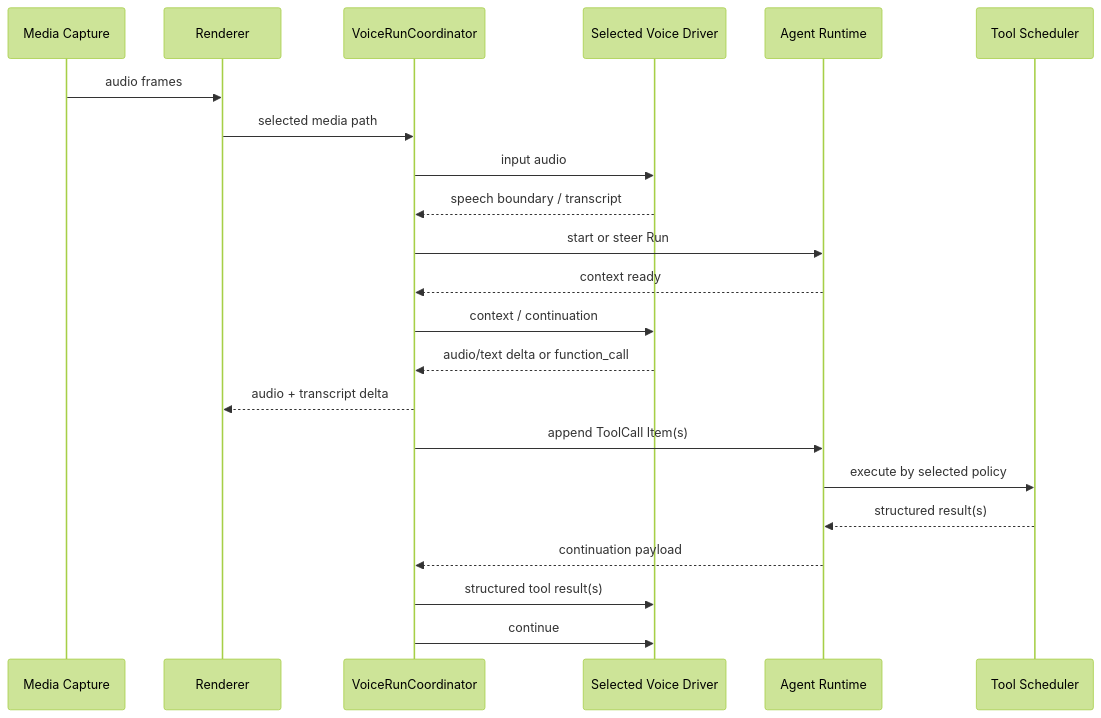
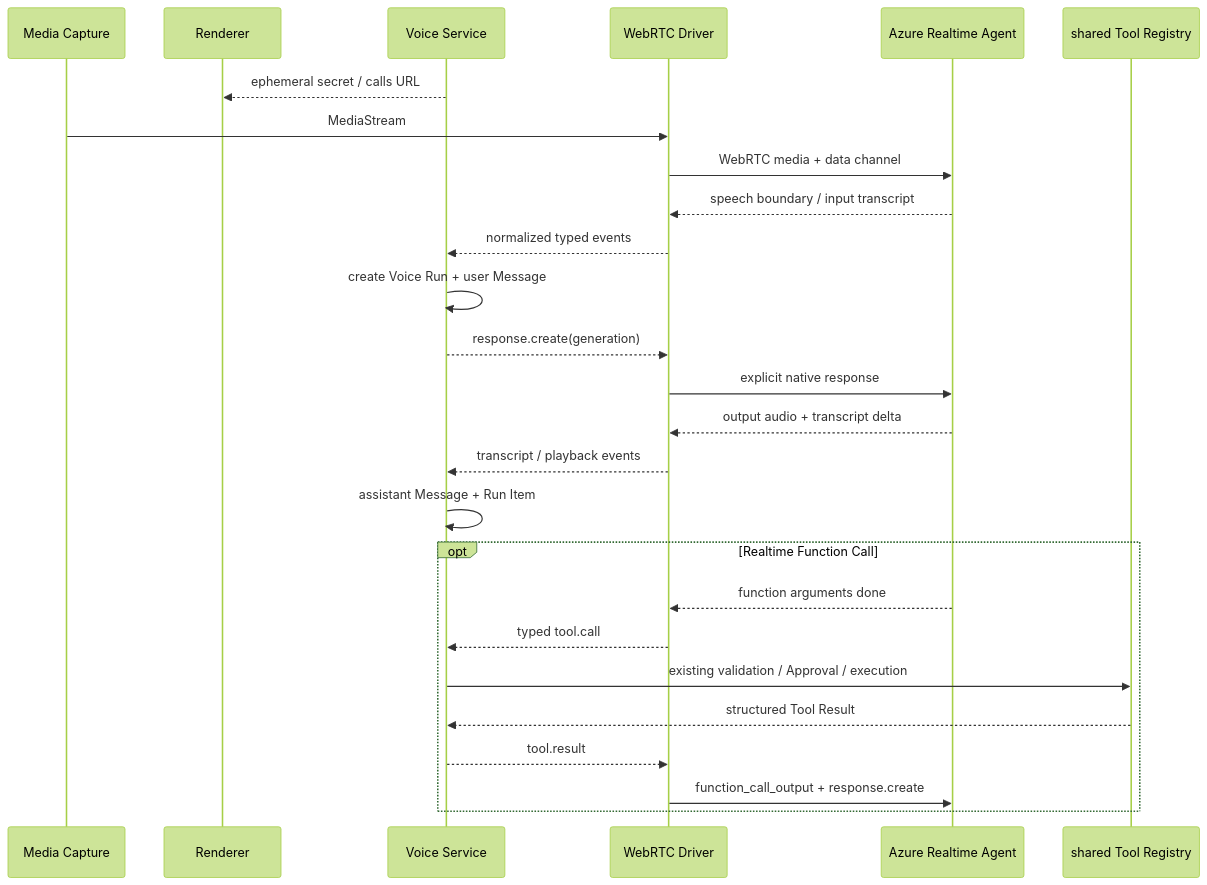
The second of 4 diagrams in REFACTOR_PRODUCT_DESIGN.md (MicroYui/chara-mate), drawn with Mermaid (forest theme) before and after one commit. The commit also changed other lines of this file and 95 other files, not shown here.

````diff
--- a/REFACTOR_PRODUCT_DESIGN.md
+++ b/REFACTOR_PRODUCT_DESIGN.md
@@ -844,25 +858,29 @@
 ```mermaid
 sequenceDiagram
     participant Mic as Media Capture
     participant Renderer
-    participant Voice as VoiceRunCoordinator
-    participant Driver as Selected Voice Driver
-    participant Agent as Agent Runtime
-    participant Tools as Tool Scheduler
+    participant Voice as Voice Service
+    participant Driver as WebRTC Driver
+    participant Azure as Azure Realtime Agent
+    participant Tools as shared Tool Registry
 
-    Mic->>Renderer: audio frames
-    Renderer->>Voice: selected media path
-    Voice->>Driver: input audio
-    Driver-->>Voice: speech boundary / transcript
-    Voice->>Agent: start or steer Run
-    Agent-->>Voice: context ready
-    Voice->>Driver: context / continuation
-    Driver-->>Voice: audio/text delta or function_call
-    Voice-->>Renderer: audio + transcript delta
-    Voice->>Agent: append ToolCall Item(s)
-    Agent->>Tools: execute by selected policy
-    Tools-->>Agent: structured result(s)
-    Agent-->>Voice: continuation payload
-    Voice->>Driver: structured tool result(s)
-    Voice->>Driver: continue
+    Voice-->>Renderer: ephemeral secret / calls URL
+    Mic->>Driver: MediaStream
+    Driver->>Azure: WebRTC media + data channel
+    Azure-->>Driver: speech boundary / input transcript
+    Driver-->>Voice: normalized typed events
+    Voice->>Voice: create Voice Run + user Message
+    Voice-->>Driver: response.create(generation)
+    Driver->>Azure: explicit native response
+    Azure-->>Driver: output audio + transcript delta
+    Driver-->>Voice: transcript / playback events
+    Voice->>Voice: assistant Message + Run Item
+    opt Realtime Function Call
+        Azure-->>Driver: function arguments done
+        Driver-->>Voice: typed tool.call
+        Voice->>Tools: existing validation / Approval / execution
+        Tools-->>Voice: structured Tool Result
+        Voice-->>Driver: tool.result
+        Driver->>Azure: function_call_output + response.create
+    end
 ```
````
